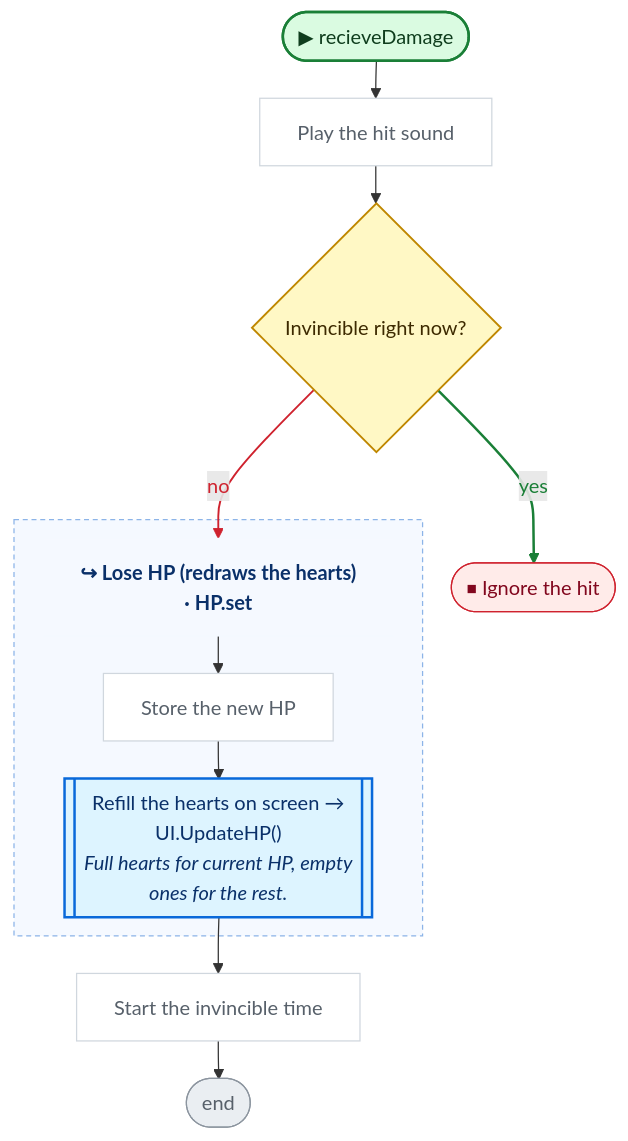
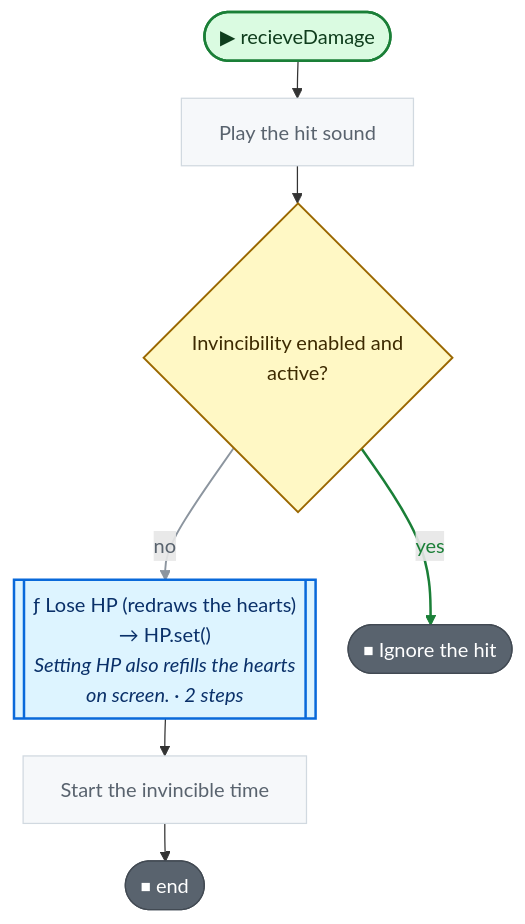
Before and after one commit to nataiai/Lord-of-the-Dungeon: diagram 14 of 15 in CodeGraph~/graph/Player.cs.md, drawn with Mermaid. The commit also changed other lines of this file and 57 other files, not shown here.

````diff
--- a/CodeGraph~/graph/Player.cs.md
+++ b/CodeGraph~/graph/Player.cs.md
@@ -834,56 +816,45 @@
 ```mermaid
 ---
 config:
   flowchart:
     wrappingWidth: 260
     nodeSpacing: 26
     rankSpacing: 30
 ---
 flowchart TD
   nS(["▶ recieveDamage"])
   n699817["Play the hit sound"]
-  nae1302{"Invincible right now?"}
-  nd5bc76_h["↪ Lose HP (redraws the hearts)<br>· HP.set"]
-  nd5bc76_n4250c3["Store the new HP"]
-  nd5bc76_n737072[["Refill the hearts on screen →<br>UI.UpdateHP()<br><i>Full hearts for current HP, empty</i><br><i>ones for the rest.</i>"]]
+  nae1302{"Invincibility enabled and<br>active?"}
+  nd5bc76[["ƒ Lose HP (redraws the hearts)<br>→ HP.set()<br><i>Setting HP also refills the hearts</i><br><i>on screen. · 2 steps</i>"]]
   na3ae39["Start the invincible time"]
-  nE(["end"])
+  nE(["⏹ end"])
   nb2e4fc(["⏹ Ignore the hit"])
-  subgraph nd5bc76_g[" "]
-    nd5bc76_h
-    nd5bc76_n4250c3
-    nd5bc76_n737072
-  end
-  style nd5bc76_g fill:#f5f9ff,stroke:#8cb4e8,stroke-dasharray:4 3,color:#0a3069
   nS --> n699817
   n699817 --> nae1302
-  nae1302 -->|no| nd5bc76_h
+  nae1302 -->|no| nd5bc76
   nae1302 -->|yes| nb2e4fc
+  nd5bc76 --> na3ae39
   na3ae39 --> nE
-  nd5bc76_h --> nd5bc76_n4250c3
-  nd5bc76_n4250c3 --> nd5bc76_n737072
-  nd5bc76_n737072 --> na3ae39
-  linkStyle 2 stroke:#cf222e,stroke-width:1.5px,color:#cf222e
+  linkStyle 2 stroke:#8c959f,stroke-width:1.5px,color:#59636e
   linkStyle 3 stroke:#1a7f37,stroke-width:2px,color:#1a7f37
   classDef unity fill:#dafbe1,stroke:#1a7f37,stroke-width:2px,color:#0f3d1d
   classDef start fill:#dafbe1,stroke:#1a7f37,stroke-width:2px,color:#0f3d1d
-  classDef calc fill:#ffffff,stroke:#d0d7de,color:#57606a
+  classDef calc fill:#f6f8fa,stroke:#d1d9e0,color:#59636e
   classDef calls fill:#ddf4ff,stroke:#0969da,stroke-width:2px,color:#0a3069
-  classDef ext fill:#ddf4ff,stroke:#0969da,stroke-width:2px,stroke-dasharray:5 3,color:#0a3069
-  classDef cond fill:#fff8c5,stroke:#bf8700,stroke-width:1.5px,color:#3d2a00
-  classDef loop fill:#f6f8fa,stroke:#57606a,color:#1f2328
-  classDef exit fill:#ffebe9,stroke:#cf222e,color:#82071e
+  classDef ext fill:#f6f8fa,stroke:#59636e,stroke-width:1.5px,stroke-dasharray:5 5,color:#1f2328
+  classDef cond fill:#fff8c5,stroke:#9a6700,stroke-width:1.5px,color:#3d2a00
+  classDef loop fill:#fff8c5,stroke:#9a6700,color:#3d2a00
+  classDef wait fill:#fff8c5,stroke:#9a6700,color:#3d2a00
+  classDef exit fill:#59636e,stroke:#424a53,color:#ffffff
+  classDef fin fill:#59636e,stroke:#424a53,color:#ffffff
+  classDef act fill:#ffffff,stroke:#59636e,stroke-width:1.5px,color:#1f2328
   classDef kill fill:#ffebe9,stroke:#cf222e,stroke-width:2px,color:#82071e
-  classDef spawn fill:#dafbe1,stroke:#1a7f37,stroke-width:2px,color:#0f3d1d
-  classDef wait fill:#fff1e5,stroke:#bc4c00,color:#4d1d00
-  classDef fin fill:#eaeef2,stroke:#8c959f,color:#57606a
   classDef join fill:#d0d7de,stroke:#8c959f,color:#57606a
   classDef ghdr fill:#f5f9ff,stroke:#f5f9ff,color:#0a3069,font-weight:bold
-  class n699817,nd5bc76_n4250c3,na3ae39 calc
-  class nd5bc76_n737072 calls
+  class n699817,na3ae39 calc
+  class nd5bc76 calls
   class nae1302 cond
   class nb2e4fc exit
   class nE fin
-  class nd5bc76_h ghdr
   class nS start
 ```
````
